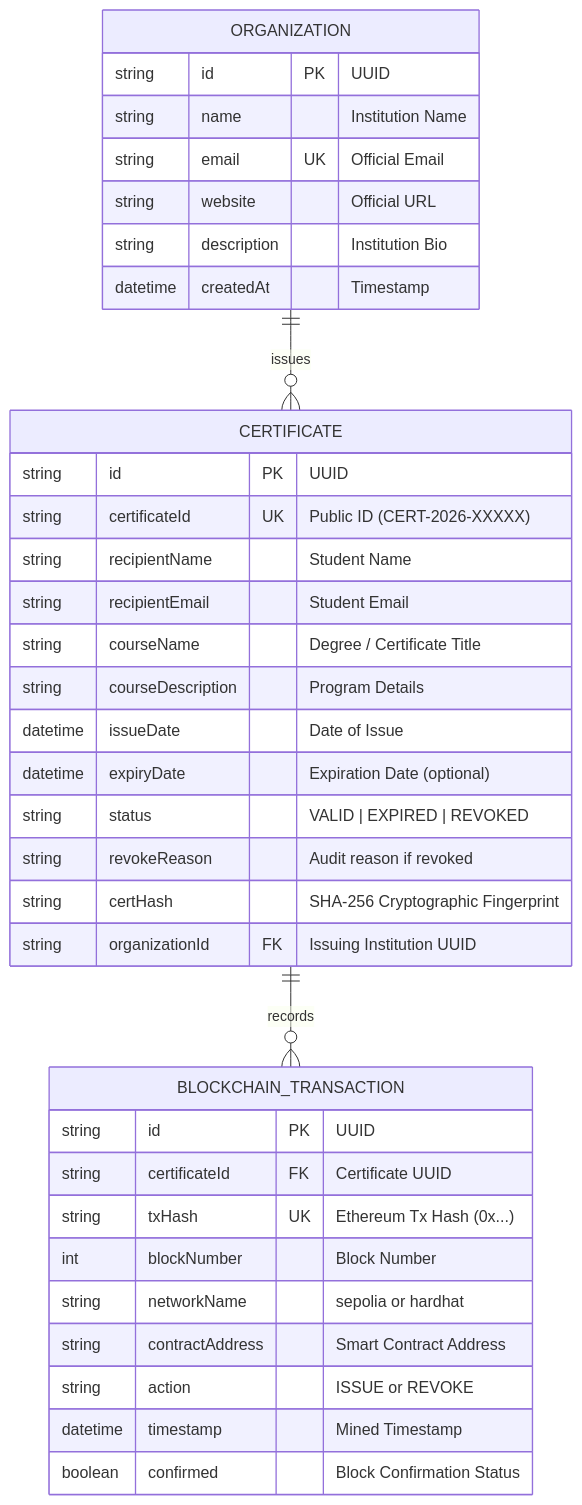
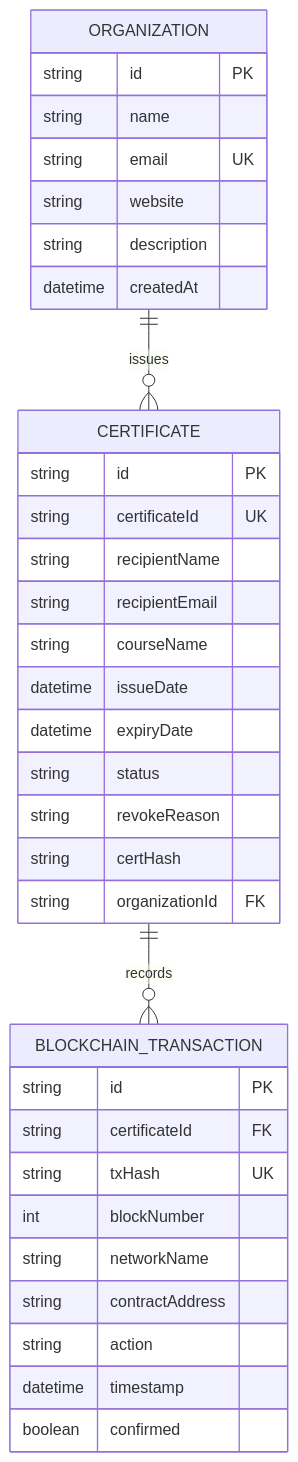
Before and after one commit to mengchheanglong/citadel-blockchain-certificates: the second of 2 diagrams in PROJECT_SUBMISSION_REPORT.md, drawn with Mermaid. The commit also changed other lines of this file and 2 other files, not shown here.

Commit message:
docs: streamline submission report to formal academic student format with Times New Roman and no color highlights

````diff
--- a/PROJECT_SUBMISSION_REPORT.md
+++ b/PROJECT_SUBMISSION_REPORT.md
@@ -147,41 +91,40 @@
 ```mermaid
 erDiagram
     ORGANIZATION ||--o{ CERTIFICATE : issues
     CERTIFICATE ||--o{ BLOCKCHAIN_TRANSACTION : records
 
     ORGANIZATION {
-        string id PK "UUID"
-        string name "Institution Name"
-        string email UK "Official Email"
-        string website "Official URL"
-        string description "Institution Bio"
-        datetime createdAt "Timestamp"
+        string id PK
+        string name
+        string email UK
+        string website
+        string description
+        datetime createdAt
     }
 
     CERTIFICATE {
-        string id PK "UUID"
-        string certificateId UK "Public ID (CERT-2026-XXXXX)"
-        string recipientName "Student Name"
-        string recipientEmail "Student Email"
-        string courseName "Degree / Certificate Title"
-        string courseDescription "Program Details"
-        datetime issueDate "Date of Issue"
-        datetime expiryDate "Expiration Date (optional)"
-        string status "VALID | EXPIRED | REVOKED"
-        string revokeReason "Audit reason if revoked"
-        string certHash "SHA-256 Cryptographic Fingerprint"
-        string organizationId FK "Issuing Institution UUID"
+        string id PK
+        string certificateId UK
+        string recipientName
+        string recipientEmail
+        string courseName
+        datetime issueDate
+        datetime expiryDate
+        string status
+        string revokeReason
+        string certHash
+        string organizationId FK
     }
 
     BLOCKCHAIN_TRANSACTION {
-        string id PK "UUID"
-        string certificateId FK "Certificate UUID"
-        string txHash UK "Ethereum Tx Hash (0x...)"
-        int blockNumber "Block Number"
-        string networkName "sepolia or hardhat"
-        string contractAddress "Smart Contract Address"
-        string action "ISSUE or REVOKE"
-        datetime timestamp "Mined Timestamp"
-        boolean confirmed "Block Confirmation Status"
+        string id PK
+        string certificateId FK
+        string txHash UK
+        int blockNumber
+        string networkName
+        string contractAddress
+        string action
+        datetime timestamp
+        boolean confirmed
     }
 ```
````
